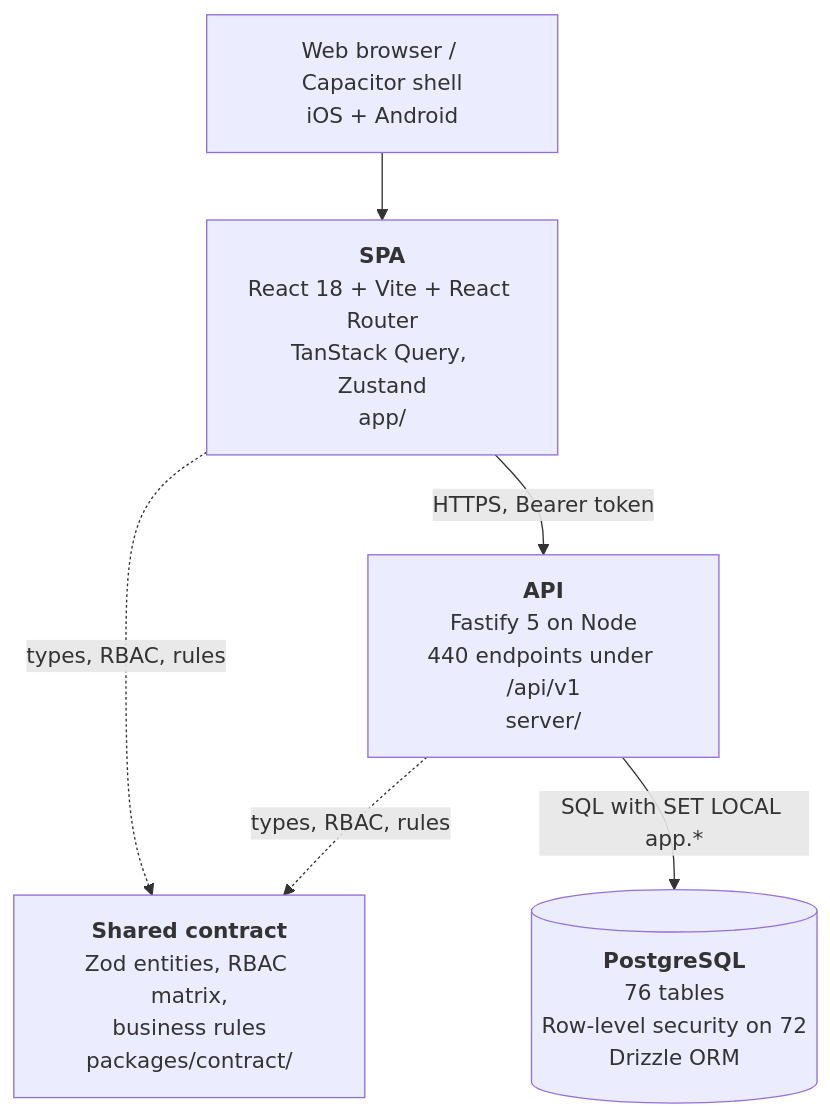
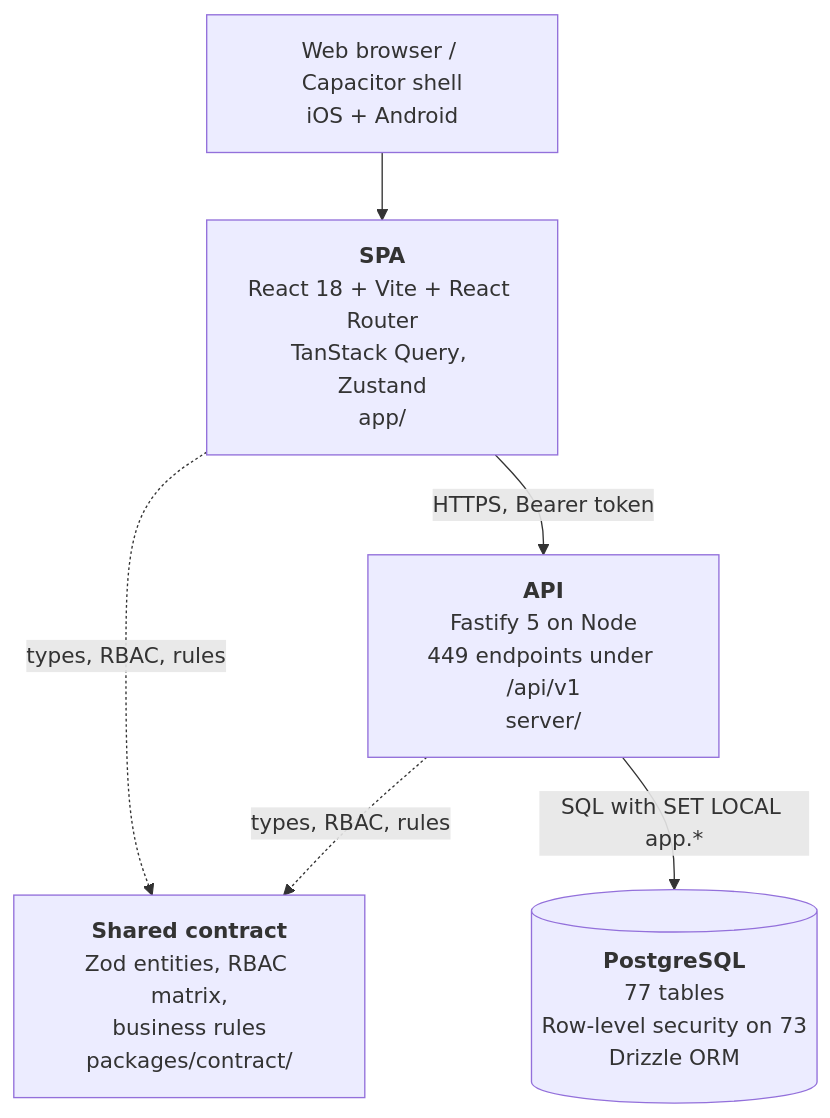
Before and after one commit to tazamohd/SlClNe: the second of 4 diagrams in docs/15_C4_ARCHITECTURE_DIAGRAMS/C4_MODEL.md, drawn with Mermaid. The commit also changed other lines of this file and 59 other files, not shown here.

````diff
--- a/docs/15_C4_ARCHITECTURE_DIAGRAMS/C4_MODEL.md
+++ b/docs/15_C4_ARCHITECTURE_DIAGRAMS/C4_MODEL.md
@@ -42,13 +42,13 @@
 ```mermaid
 flowchart TB
   browser["Web browser / Capacitor shell<br/>iOS + Android"]
   spa["<b>SPA</b><br/>React 18 + Vite + React Router<br/>TanStack Query, Zustand<br/>app/"]
-  api["<b>API</b><br/>Fastify 5 on Node<br/>440 endpoints under /api/v1<br/>server/"]
+  api["<b>API</b><br/>Fastify 5 on Node<br/>449 endpoints under /api/v1<br/>server/"]
   contract["<b>Shared contract</b><br/>Zod entities, RBAC matrix,<br/>business rules<br/>packages/contract/"]
-  db[("<b>PostgreSQL</b><br/>76 tables<br/>Row-level security on 72<br/>Drizzle ORM")]
+  db[("<b>PostgreSQL</b><br/>77 tables<br/>Row-level security on 73<br/>Drizzle ORM")]
   browser --> spa
   spa -->|"HTTPS, Bearer token"| api
   spa -.->|"types, RBAC, rules"| contract
   api -.->|"types, RBAC, rules"| contract
   api -->|"SQL with SET LOCAL app.*"| db
 ```
````
